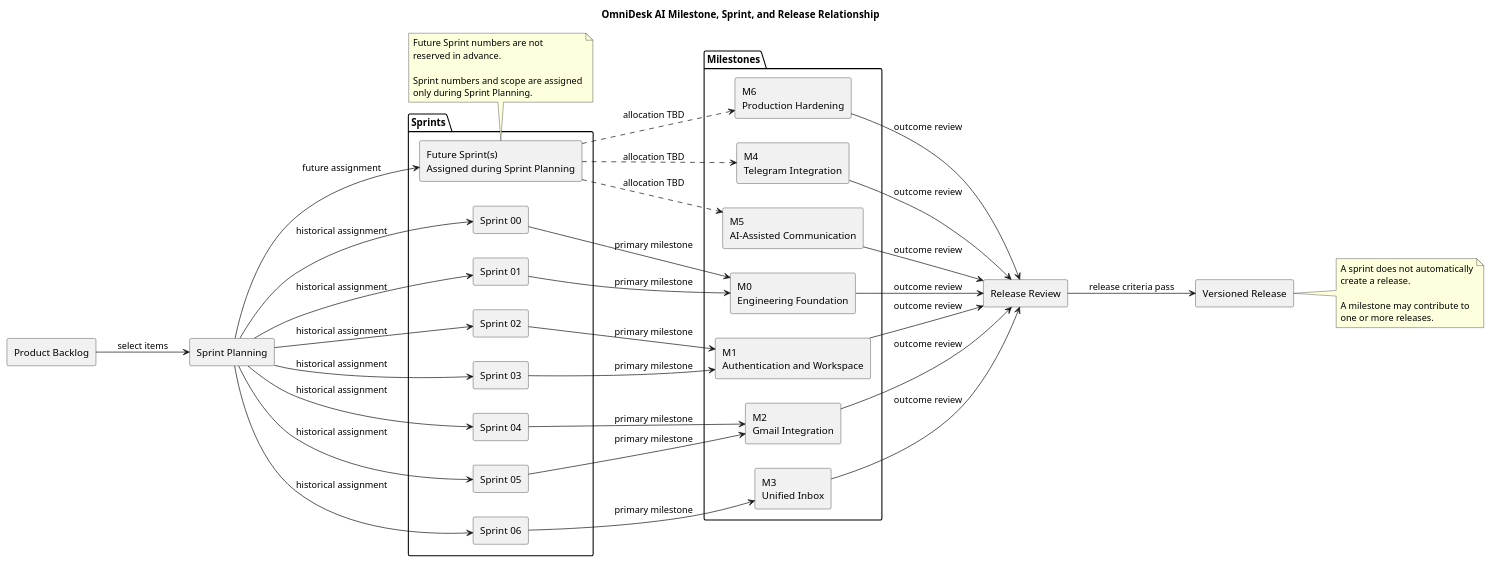
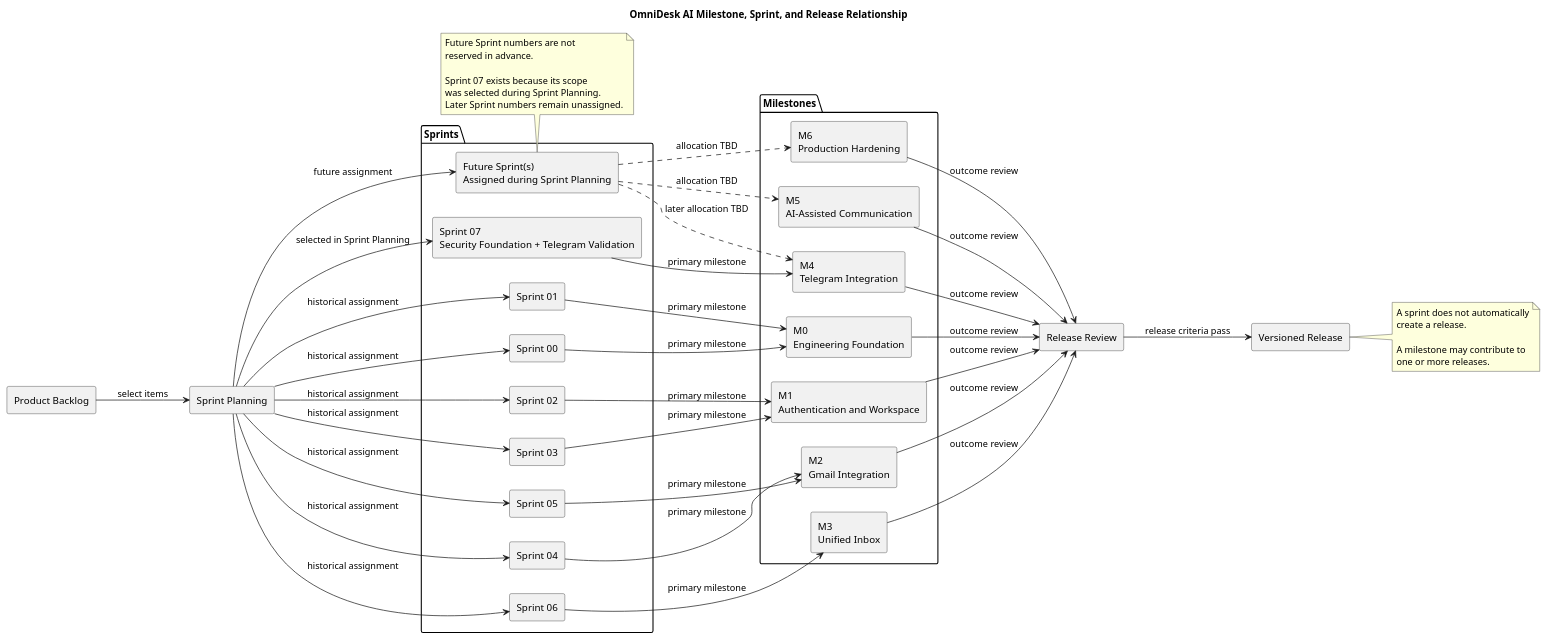
Before and after one commit to Farhad-Valizadegan/Web-OmniDesk: the diagram in docs/Project-Management/diagrams/milestone-sprint-release-relationship.puml, drawn with PlantUML.

Commit message:
docs: add Sprint 07 to milestone relationship diagram

```diff
--- a/docs/Project-Management/diagrams/milestone-sprint-release-relationship.puml
+++ b/docs/Project-Management/diagrams/milestone-sprint-release-relationship.puml
@@ -1,83 +1,87 @@
 @startuml
 title OmniDesk AI Milestone, Sprint, and Release Relationship
 
 left to right direction
 skinparam componentStyle rectangle
 
 rectangle "Product Backlog" as Backlog
 rectangle "Sprint Planning" as Planning
 
 package "Milestones" {
   rectangle "M0\nEngineering Foundation" as M0
   rectangle "M1\nAuthentication and Workspace" as M1
   rectangle "M2\nGmail Integration" as M2
   rectangle "M3\nUnified Inbox" as M3
   rectangle "M4\nTelegram Integration" as M4
   rectangle "M5\nAI-Assisted Communication" as M5
   rectangle "M6\nProduction Hardening" as M6
 }
 
 package "Sprints" {
   rectangle "Sprint 00" as S00
   rectangle "Sprint 01" as S01
   rectangle "Sprint 02" as S02
   rectangle "Sprint 03" as S03
   rectangle "Sprint 04" as S04
   rectangle "Sprint 05" as S05
   rectangle "Sprint 06" as S06
+  rectangle "Sprint 07\nSecurity Foundation + Telegram Validation" as S07
   rectangle "Future Sprint(s)\nAssigned during Sprint Planning" as SF
 }
 
 rectangle "Release Review" as Review
 rectangle "Versioned Release" as Release
 
 Backlog --> Planning : select items
 
 Planning --> S00 : historical assignment
 Planning --> S01 : historical assignment
 Planning --> S02 : historical assignment
 Planning --> S03 : historical assignment
 Planning --> S04 : historical assignment
 Planning --> S05 : historical assignment
 Planning --> S06 : historical assignment
+Planning --> S07 : selected in Sprint Planning
 Planning --> SF : future assignment
 
 S00 --> M0 : primary milestone
 S01 --> M0 : primary milestone
 S02 --> M1 : primary milestone
 S03 --> M1 : primary milestone
 S04 --> M2 : primary milestone
 S05 --> M2 : primary milestone
 S06 --> M3 : primary milestone
+S07 --> M4 : primary milestone
 
-SF ..> M4 : allocation TBD
+SF ..> M4 : later allocation TBD
 SF ..> M5 : allocation TBD
 SF ..> M6 : allocation TBD
 
 M0 --> Review : outcome review
 M1 --> Review : outcome review
 M2 --> Review : outcome review
 M3 --> Review : outcome review
 M4 --> Review : outcome review
 M5 --> Review : outcome review
 M6 --> Review : outcome review
 
 Review --> Release : release criteria pass
 
 note bottom of SF
 Future Sprint numbers are not
 reserved in advance.
 
-Sprint numbers and scope are assigned
-only during Sprint Planning.
+Sprint 07 exists because its scope
+was selected during Sprint Planning.
+Later Sprint numbers remain unassigned.
 end note
 
 note right of Release
 A sprint does not automatically
 create a release.
 
 A milestone may contribute to
 one or more releases.
 end note
 
 @enduml
```
